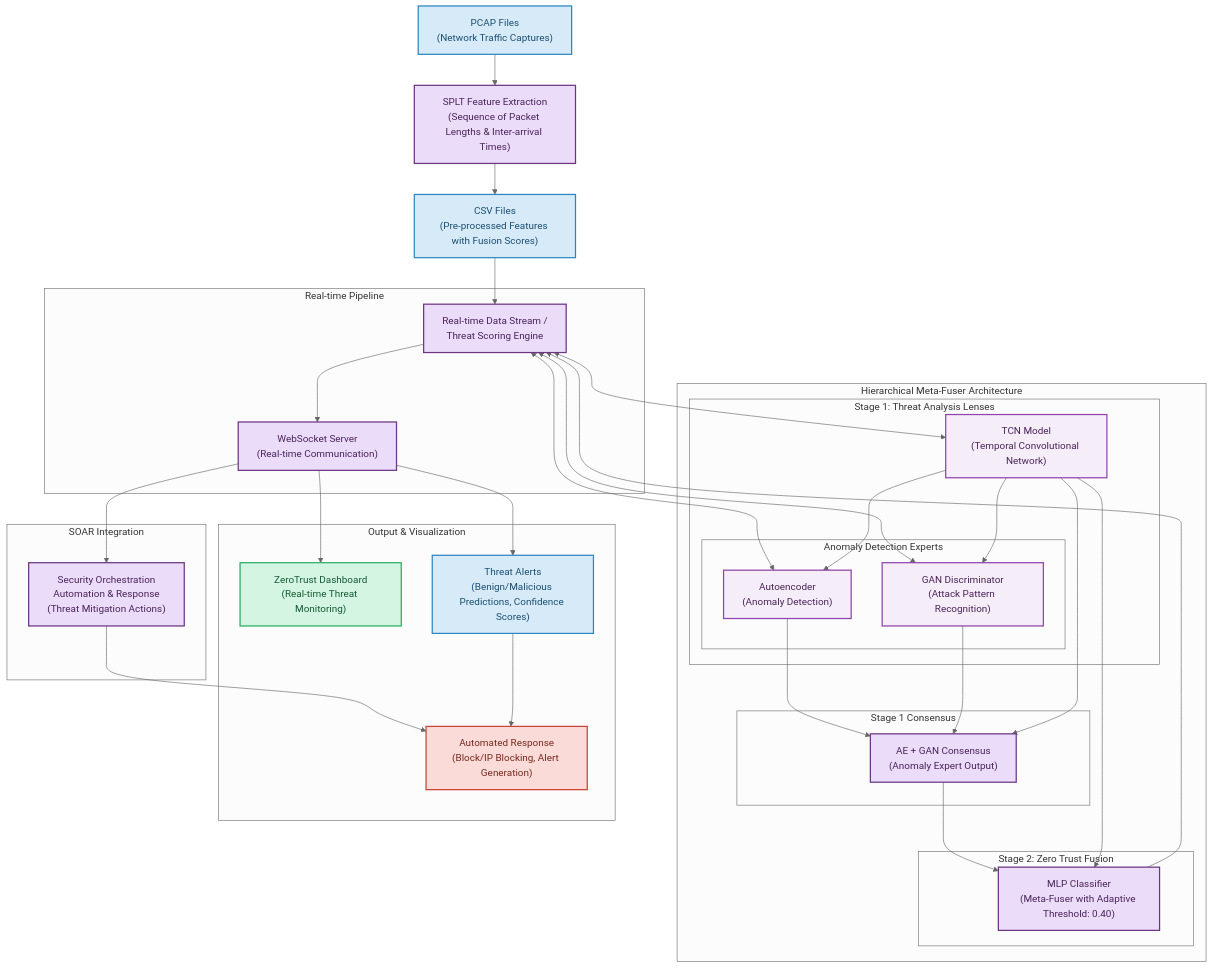
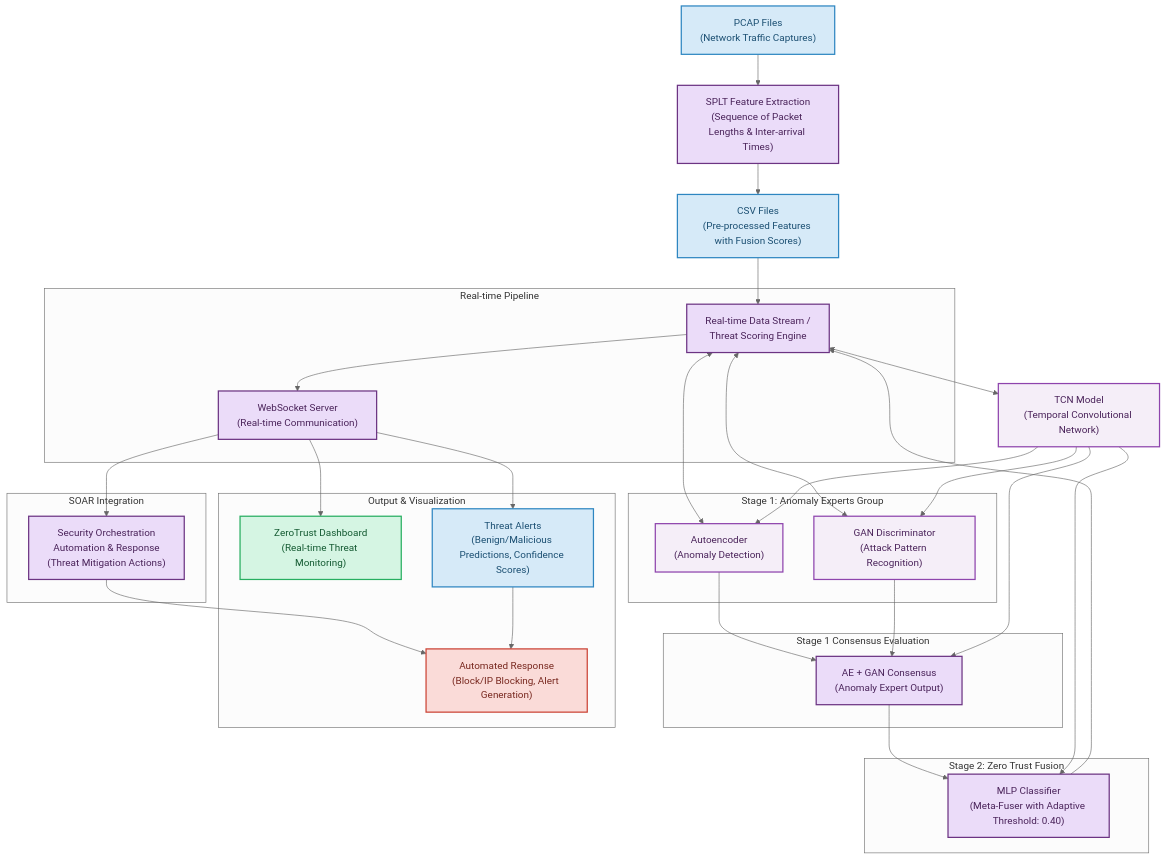
One commit to AkshithaReddy005/ZeroTrustAI changed the diagram in README.md. Above: the diagram before and after it, drawn with Mermaid (neutral theme).

Commit message:
Flatten Mermaid subgraphs in README.md to fix GitHub infinite loading

```diff
--- a/README.md
+++ b/README.md
@@ -20,23 +20,19 @@
         WS["WebSocket Server<br>(Real-time Communication)"]
     end
 
-    subgraph MetaFuser["Hierarchical Meta-Fuser Architecture"]
-        subgraph Stage1["Stage 1: Threat Analysis Lenses"]
-            subgraph AnomalyExperts["Anomaly Detection Experts"]
-                AE["Autoencoder<br>(Anomaly Detection)"]
-                GAN["GAN Discriminator<br>(Attack Pattern Recognition)"]
-            end
-            
-            TCN["TCN Model<br>(Temporal Convolutional Network)"]
-        end
-        
-        subgraph Stage1Consensus["Stage 1 Consensus"]
-            Consensus["AE + GAN Consensus<br>(Anomaly Expert Output)"]
-        end
-        
-        subgraph Stage2["Stage 2: Zero Trust Fusion"]
-            MLP["MLP Classifier<br>(Meta-Fuser with Adaptive Threshold: 0.40)"]
-        end
+    subgraph Stage1Lenses["Stage 1: Anomaly Experts Group"]
+        AE["Autoencoder<br>(Anomaly Detection)"]
+        GAN["GAN Discriminator<br>(Attack Pattern Recognition)"]
+    end
+
+    TCN["TCN Model<br>(Temporal Convolutional Network)"]
+    
+    subgraph Stage1Consensus["Stage 1 Consensus Evaluation"]
+        Consensus["AE + GAN Consensus<br>(Anomaly Expert Output)"]
+    end
+    
+    subgraph Stage2["Stage 2: Zero Trust Fusion"]
+        MLP["MLP Classifier<br>(Meta-Fuser with Adaptive Threshold: 0.40)"]
     end
 
     subgraph SOAR["SOAR Integration"]
```
